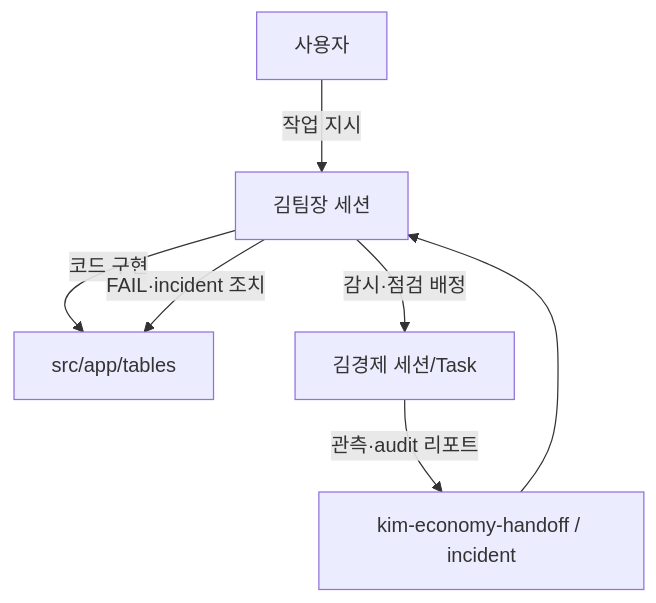
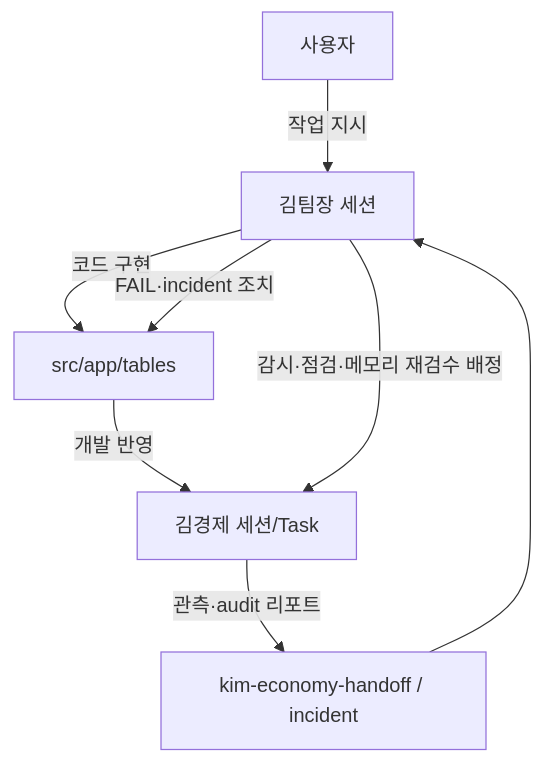
One commit to EOMIKJIN/arcfire20260608 changed the first of 2 diagrams in docs/KIM_TEAM_ECONOMY_WORKFLOW.md. Above: the diagram before and after it, drawn with Mermaid. The commit also changed other lines of this file and 228 other files, not shown here.

````diff
--- a/docs/KIM_TEAM_ECONOMY_WORKFLOW.md
+++ b/docs/KIM_TEAM_ECONOMY_WORKFLOW.md
@@ -18,9 +18,10 @@
 ```mermaid
 graph TD
   U[사용자] -->|작업 지시| TL[김팀장 세션]
   TL -->|코드 구현| CODE[src/app/tables]
-  TL -->|감시·점검 배정| E[김경제 세션/Task]
+  CODE -->|개발 반영| E
+  TL -->|감시·점검·메모리 재검수 배정| E[김경제 세션/Task]
   E -->|관측·audit 리포트| R[kim-economy-handoff / incident]
   R --> TL
   TL -->|FAIL·incident 조치| CODE
 ```
````
